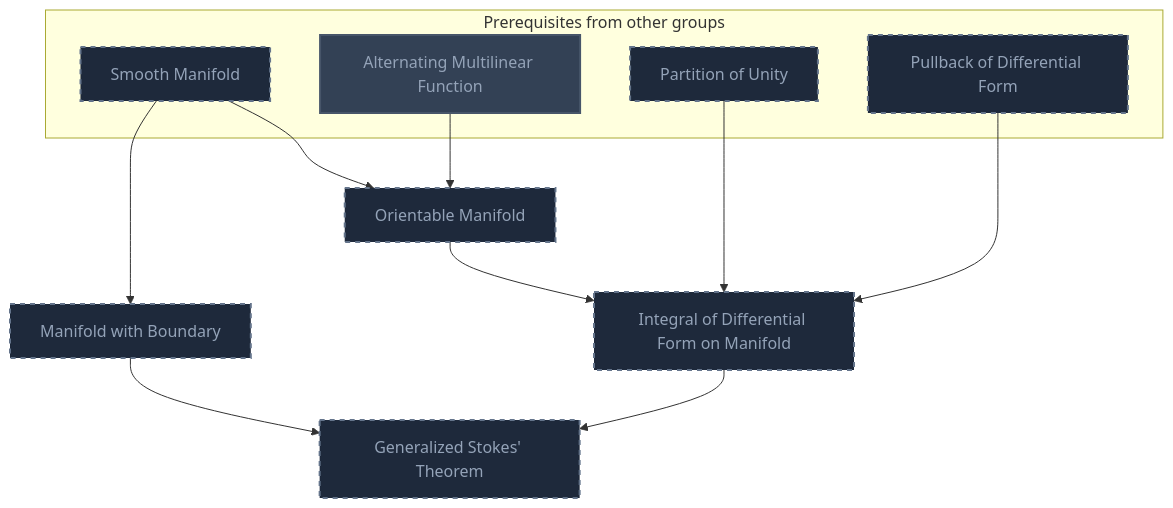
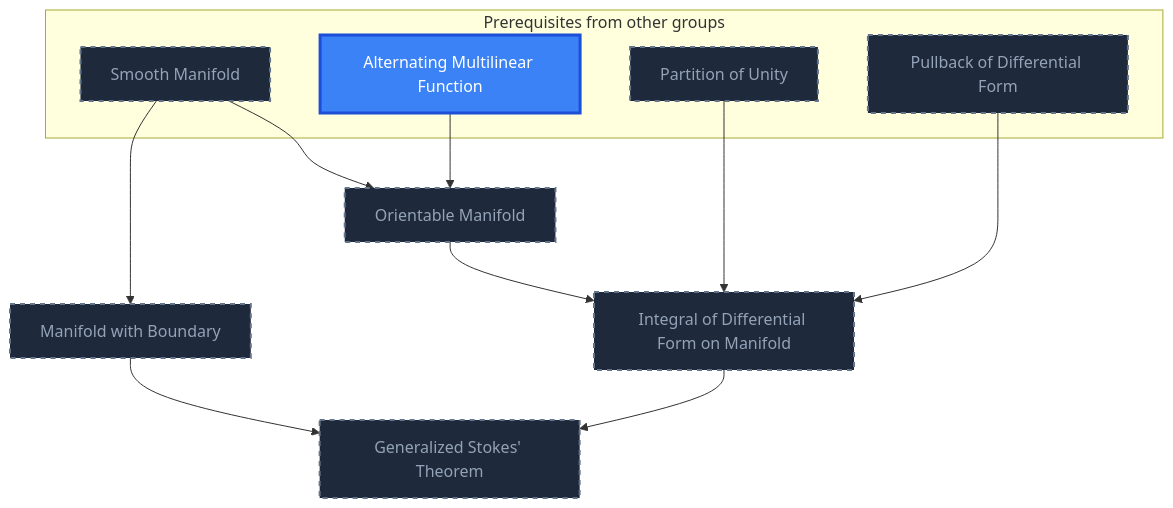
One commit to MRauf1/My-Notes changed diagram 17 of 21 in Gamification/Skill Trees/Differential Geometry.md. Above: the diagram before and after it, drawn with Mermaid. The commit also changed other lines of this file and 57 other files, not shown here.

````diff
--- a/Gamification/Skill Trees/Differential Geometry.md
+++ b/Gamification/Skill Trees/Differential Geometry.md
@@ -1155,33 +1161,33 @@
 ```mermaid
 flowchart TD
     classDef planned fill:#1E293B,stroke:#64748B,stroke-width:2px,stroke-dasharray:5 5,color:#94A3B8;
     classDef locked fill:#334155,stroke:#475569,stroke-width:2px,color:#94A3B8;
     classDef L0 fill:#F1F5F9,stroke:#94A3B8,stroke-width:2px,color:#000000;
     classDef L1 fill:#22C55E,stroke:#15803D,stroke-width:2px,color:#000000;
     classDef L2 fill:#3B82F6,stroke:#1D4ED8,stroke-width:3px,color:#FFFFFF;
     classDef L3 fill:#A855F7,stroke:#6B21A8,stroke-width:3px,color:#FFFFFF,font-weight:bold;
     classDef L4 fill:#F97316,stroke:#C2410C,stroke-width:4px,color:#000000,font-weight:bold;
     classDef L5 fill:#FFD700,stroke:#FF8C00,stroke-width:5px,color:#000000,font-weight:bold;
     classDef rusty stroke:#8B4513,stroke-width:4px,stroke-dasharray:3 3;
     subgraph sg_prereqs["Prerequisites from other groups"]
         n_smooth_manifold["Smooth Manifold"]
         n_alternating_multilinear_function["Alternating Multilinear Function"]
         n_partition_of_unity["Partition of Unity"]
         n_pullback_of_differential_form["Pullback of Differential Form"]
     end
     n_orientable_manifold["Orientable Manifold"]
     n_manifold_with_boundary["Manifold with Boundary"]
     n_integral_of_differential_form_on_manifold["Integral of Differential Form on Manifold"]
     n_generalized_stokes_theorem["Generalized Stokes' Theorem"]
     n_smooth_manifold --> n_orientable_manifold
     n_alternating_multilinear_function --> n_orientable_manifold
     n_smooth_manifold --> n_manifold_with_boundary
     n_orientable_manifold --> n_integral_of_differential_form_on_manifold
     n_partition_of_unity --> n_integral_of_differential_form_on_manifold
     n_pullback_of_differential_form --> n_integral_of_differential_form_on_manifold
     n_integral_of_differential_form_on_manifold --> n_generalized_stokes_theorem
     n_manifold_with_boundary --> n_generalized_stokes_theorem
     class n_smooth_manifold,n_partition_of_unity,n_pullback_of_differential_form,n_orientable_manifold,n_manifold_with_boundary,n_integral_of_differential_form_on_manifold,n_generalized_stokes_theorem planned;
-    class n_alternating_multilinear_function locked;
+    class n_alternating_multilinear_function L2;
     class n_alternating_multilinear_function internal-link;
 ```
````
